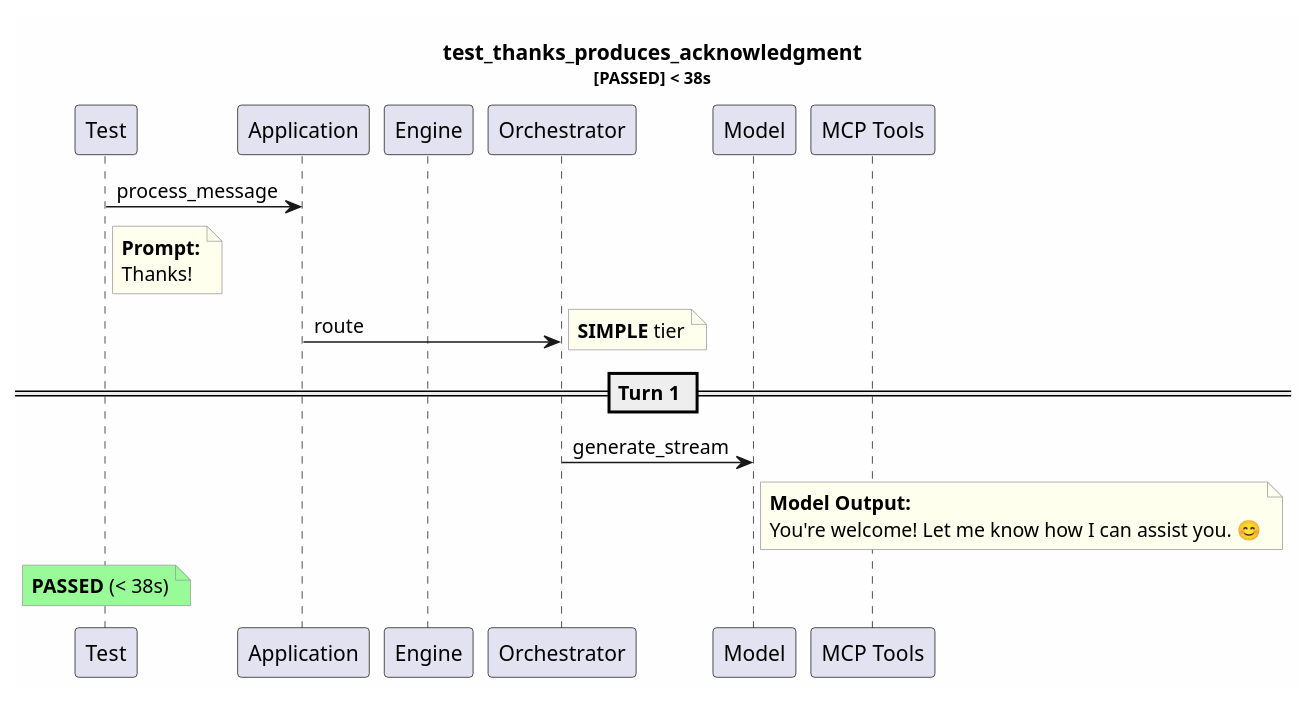
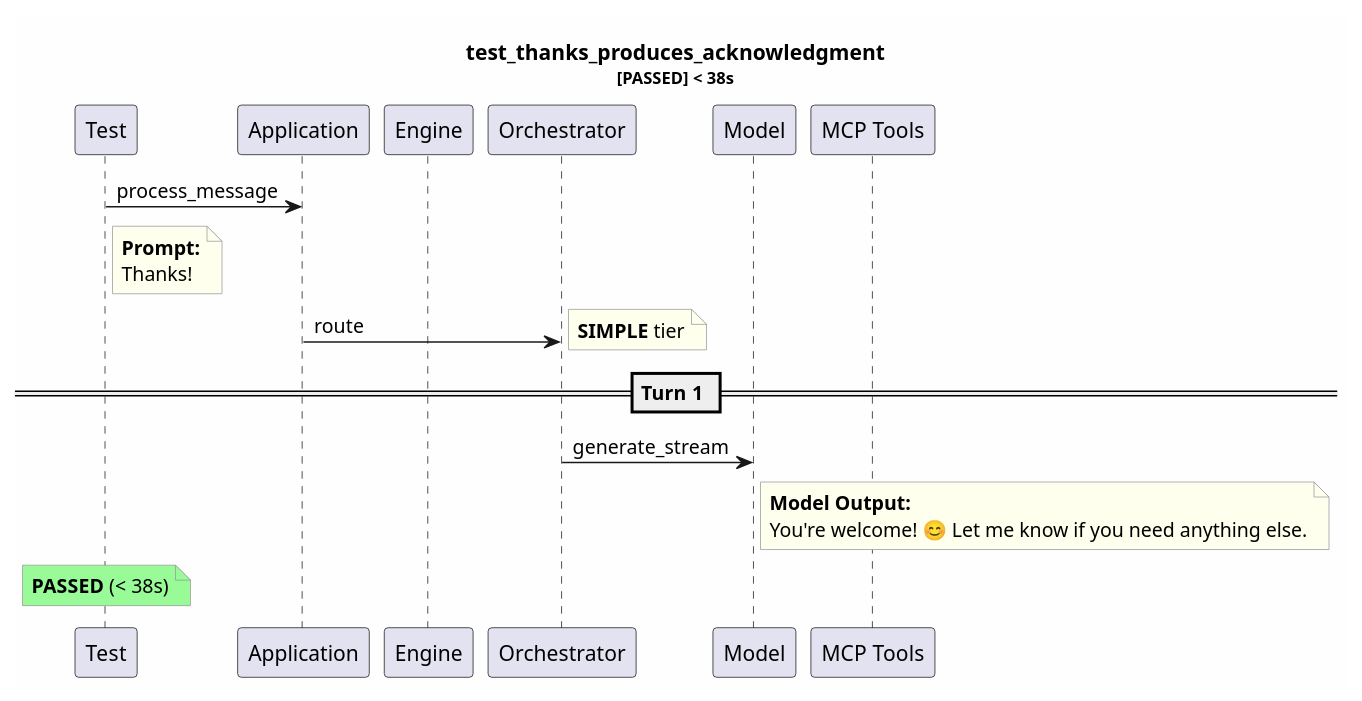
Before and after one commit to tvanfossen/entropic: the diagram in test-reports/logs/test_thanks_produces_acknowledgment/test_thanks_produces_acknowledgment.puml, drawn with PlantUML. The commit also changed 57 other files, not shown here.

```diff
--- a/test-reports/logs/test_thanks_produces_acknowledgment/test_thanks_produces_acknowledgment.puml
+++ b/test-reports/logs/test_thanks_produces_acknowledgment/test_thanks_produces_acknowledgment.puml
@@ -1,31 +1,31 @@
 @startuml
 skinparam backgroundColor #FEFEFE
 skinparam noteBorderColor #999999
 skinparam noteBackgroundColor #FFFFEE
 title test_thanks_produces_acknowledgment\n<size:11>[PASSED] < 38s</size>
 
 participant "Test" as T
 participant "Application" as App
 participant "Engine" as Eng
 participant "Orchestrator" as Orch
 participant "Model" as Mdl
 participant "MCP Tools" as MCP
 
 T -> App: process_message
 note right of T
   **Prompt:**
   Thanks!
 end note
 App -> Orch: route
 note right: **SIMPLE** tier
 == Turn 1 ==
 Orch -> Mdl: generate_stream
 note right of Mdl
   **Model Output:**
-  You're welcome! Let me know how I can assist you. 😊
+  You're welcome! 😊 Let me know if you need anything else.
 end note
 note over T #palegreen
   **PASSED** (< 38s)
 end note
 
 @enduml
```
